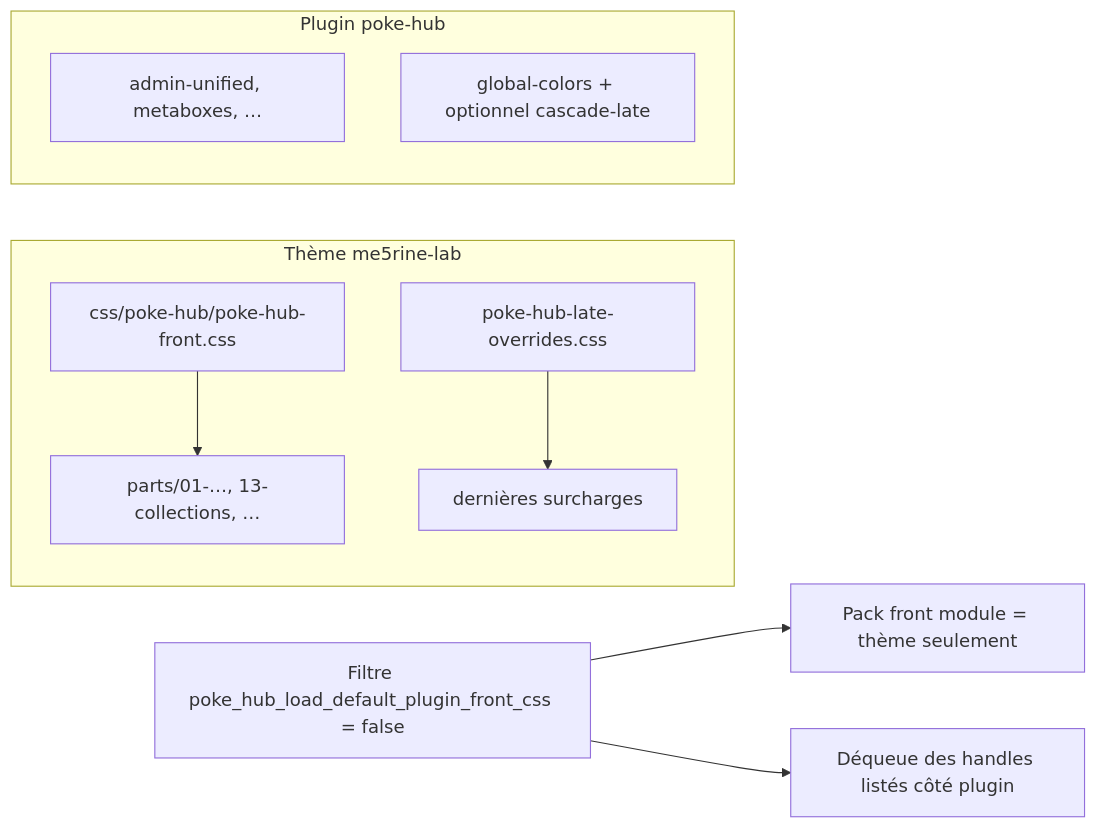
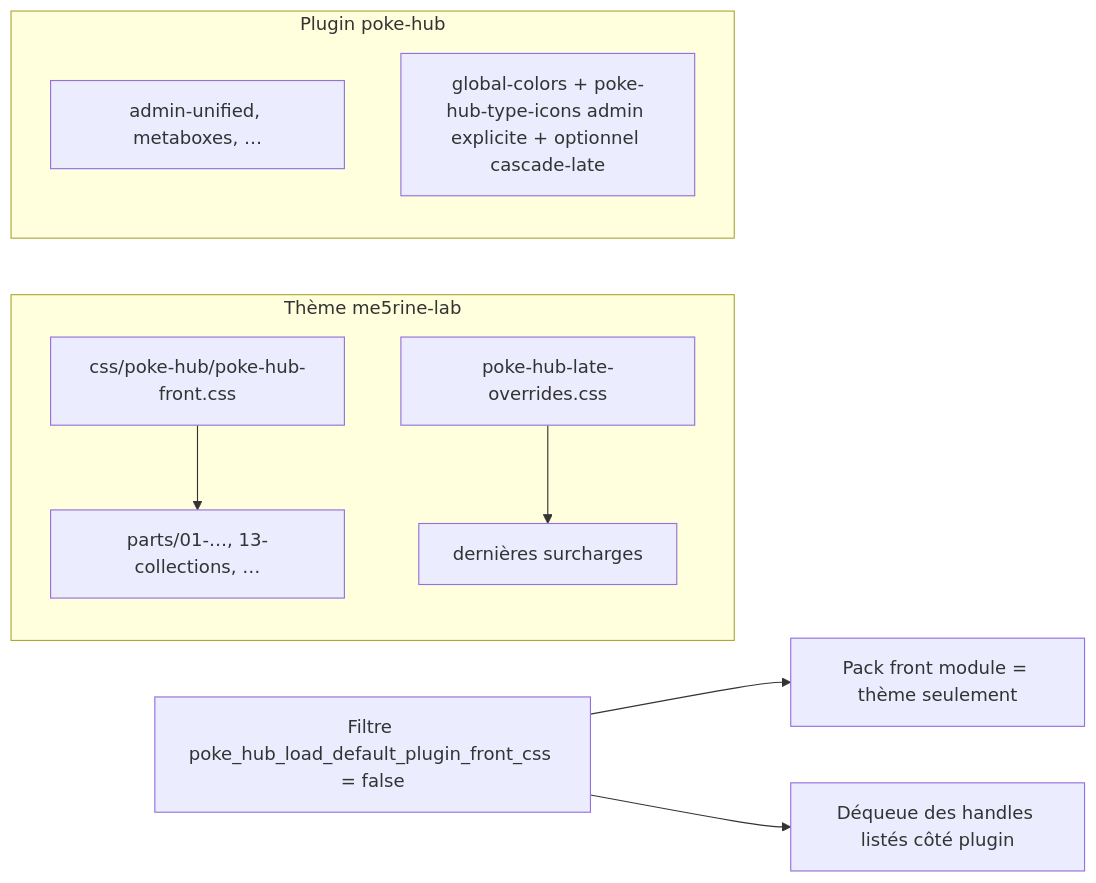
Before and after one commit to Me5rine/poke-hub: the diagram in docs/THEME_FRONT_CSS.md, drawn with Mermaid. The commit also changed other lines of this file and 59 other files, not shown here.

````diff
--- a/docs/THEME_FRONT_CSS.md
+++ b/docs/THEME_FRONT_CSS.md
@@ -19,13 +19,13 @@
 ```mermaid
 flowchart LR
   subgraph theme["Thème me5rine-lab"]
     A[css/poke-hub/poke-hub-front.css] --> B[parts/01-…, 13-collections, …]
     C[poke-hub-late-overrides.css] --> D[dernières surcharges]
   end
   subgraph plugin["Plugin poke-hub"]
     E[admin-unified, metaboxes, …]
-    F[global-colors + optionnel cascade-late]
+    F[global-colors + poke-hub-type-icons admin explicite + optionnel cascade-late]
   end
   G["Filtre poke_hub_load_default_plugin_front_css = false"] --> H["Pack front module = thème seulement"]
   G --> I["Déqueue des handles listés côté plugin"]
 ```
````
